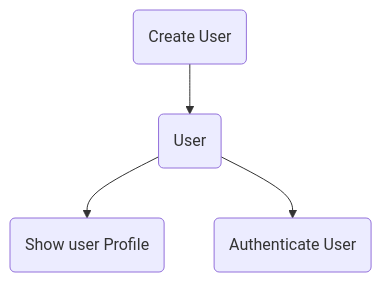
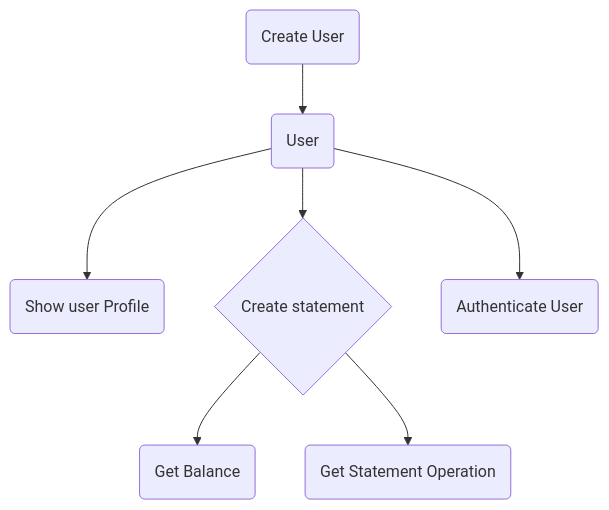
One commit to italomagno/testChallenge-Ignite changed the diagram in README.md. Above: the diagram before and after it, drawn with Mermaid.

Commit message:
change on readame

````diff
--- a/README.md
+++ b/README.md
@@ -20,6 +20,9 @@
    ```mermaid
    graph TD;
     A(Create User)-->B(User);
     B(User)-->C(Show user Profile);
+    B(User)-->E{Create statement}
     B(User)-->D(Authenticate User);
+    E{Create statement}-->F(Get Balance);
+    E{Create statement}-->G(Get Statement Operation);
   ```
````
